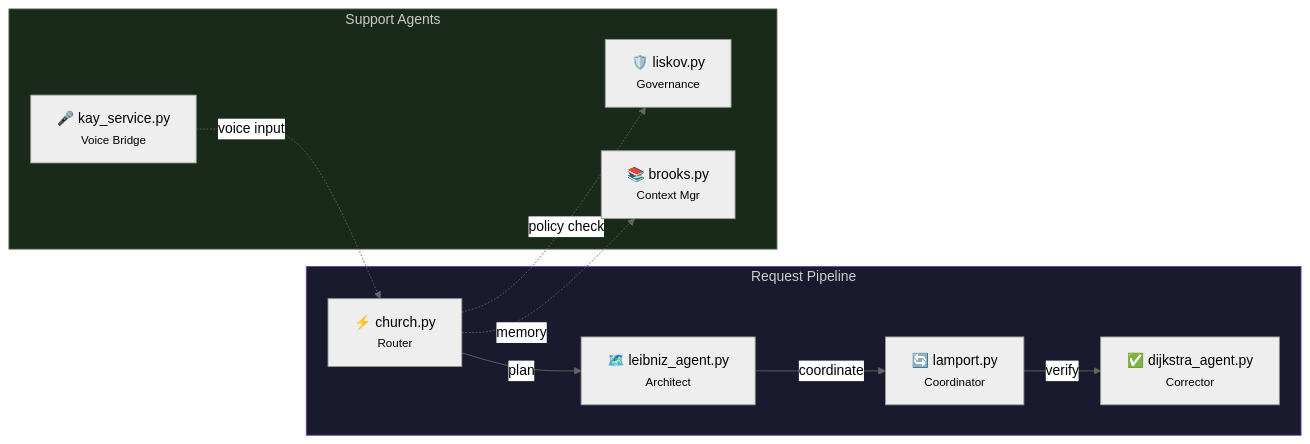
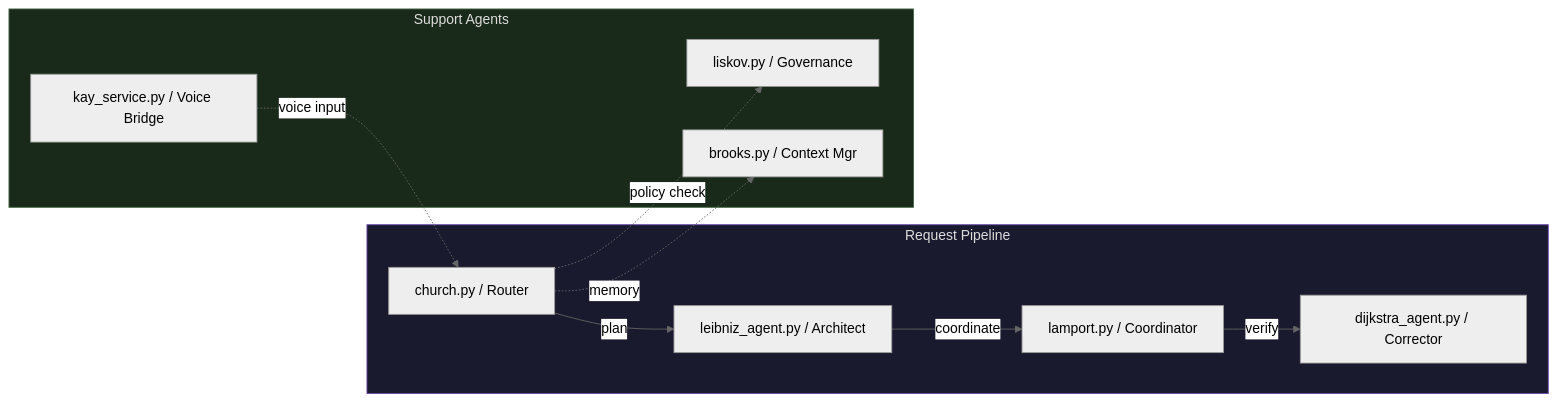
One commit to Misterobots/Agent_Swarm changed the second of 2 diagrams in docs-site/docs/admin-guide/naming-scheme.md. Above: the diagram before and after it, drawn with Mermaid (neutral theme). The commit also changed other lines of this file, not shown here.

Commit message:
fix: remove HTML tags from mermaid labels causing tables to render as code

````diff
--- a/docs-site/docs/admin-guide/naming-scheme.md
+++ b/docs-site/docs/admin-guide/naming-scheme.md
@@ -122,25 +107,25 @@
 ```mermaid
 graph LR
     subgraph PIPELINE["Request Pipeline"]
-        church["⚡ church.py<br/><small>Router</small>"]
-        leibniz["🗺️ leibniz_agent.py<br/><small>Architect</small>"]
-        lamport["🔄 lamport.py<br/><small>Coordinator</small>"]
-        dijkstra["✅ dijkstra_agent.py<br/><small>Corrector</small>"]
+        church["church.py / Router"]
+        leibniz["leibniz_agent.py / Architect"]
+        lamport["lamport.py / Coordinator"]
+        dijkstra["dijkstra_agent.py / Corrector"]
     end
 
     subgraph SUPPORT["Support Agents"]
-        liskov["🛡️ liskov.py<br/><small>Governance</small>"]
-        brooks["📚 brooks.py<br/><small>Context Mgr</small>"]
-        kay["🎤 kay_service.py<br/><small>Voice Bridge</small>"]
+        liskov["liskov.py / Governance"]
+        brooks["brooks.py / Context Mgr"]
+        kay["kay_service.py / Voice Bridge"]
     end
 
     church -->|plan| leibniz
     leibniz -->|coordinate| lamport
     lamport -->|verify| dijkstra
     church -.->|policy check| liskov
     church -.->|memory| brooks
     kay -.->|voice input| church
 
-    style PIPELINE fill:#1a1a2e,stroke:#6644aa,color:#ccc
-    style SUPPORT fill:#1a2a1a,stroke:#446644,color:#ccc
+    style PIPELINE fill:#1a1a2e,stroke:#6644aa,color:#ddd
+    style SUPPORT fill:#1a2a1a,stroke:#446644,color:#ddd
 ```
````
